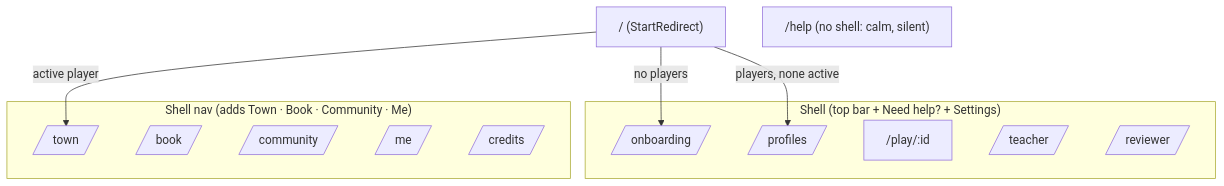
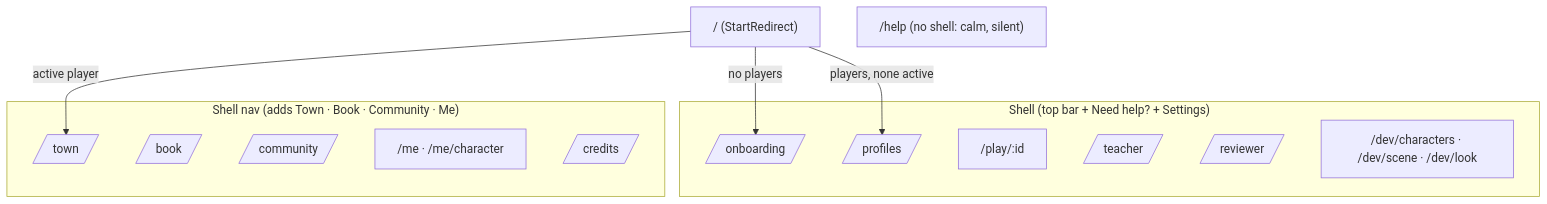
Before and after one commit to bhavyammisra/saksham: the second of 3 diagrams in docs/ARCHITECTURE.md, drawn with Mermaid. The commit also changed other lines of this file and 6 other files, not shown here.

````diff
--- a/docs/ARCHITECTURE.md
+++ b/docs/ARCHITECTURE.md
@@ -50,21 +51,22 @@
 ```mermaid
 flowchart TD
   Root["/ (StartRedirect)"] -->|no players| Onb[/onboarding/]
   Root -->|players, none active| Prof[/profiles/]
   Root -->|active player| Town[/town/]
   subgraph "Shell (top bar + Need help? + Settings)"
     Onb
     Prof
     Play["/play/:id"]
     Teacher[/teacher/]
     Reviewer[/reviewer/]
+    Dev["/dev/characters · /dev/scene · /dev/look"]
   end
   subgraph "Shell nav (adds Town · Book · Community · Me)"
     Town
     Book[/book/]
     Community[/community/]
-    Me[/me/]
+    Me["/me · /me/character"]
     Credits[/credits/]
   end
   Help["/help (no shell: calm, silent)"]
 ```
````
